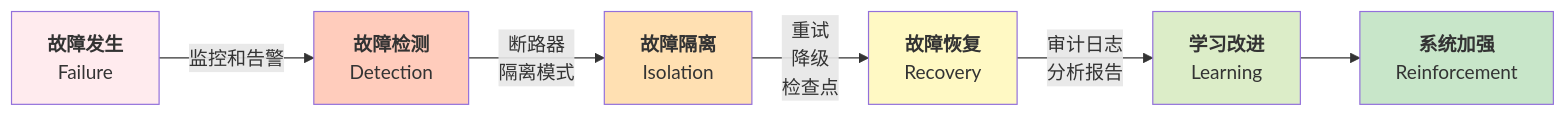
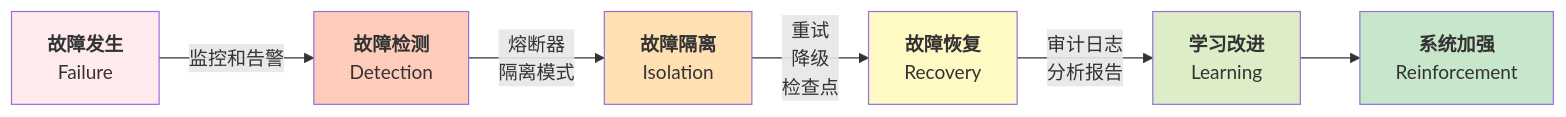
Before and after one commit to yeasy/harness_engineering_guide: the second of 2 diagrams in 03_principles/3.4_design_for_failure.md, drawn with Mermaid. The commit also changed other lines of this file and 10 other files, not shown here.

````diff
--- a/03_principles/3.4_design_for_failure.md
+++ b/03_principles/3.4_design_for_failure.md
@@ -505,15 +505,15 @@
 ```mermaid
 flowchart LR
     A["<b>故障发生</b><br/>Failure"] -->|监控和告警| B["<b>故障检测</b><br/>Detection"]
-    B -->|断路器<br/>隔离模式| C["<b>故障隔离</b><br/>Isolation"]
+    B -->|熔断器<br/>隔离模式| C["<b>故障隔离</b><br/>Isolation"]
     C -->|重试<br/>降级<br/>检查点| D["<b>故障恢复</b><br/>Recovery"]
     D -->|审计日志<br/>分析报告| E["<b>学习改进</b><br/>Learning"]
     E --> F["<b>系统加强</b><br/>Reinforcement"]
 
     style A fill:#ffebee
     style B fill:#ffccbc
     style C fill:#ffe0b2
     style D fill:#fff9c4
     style E fill:#dcedc8
     style F fill:#c8e6c9
 ```
````
